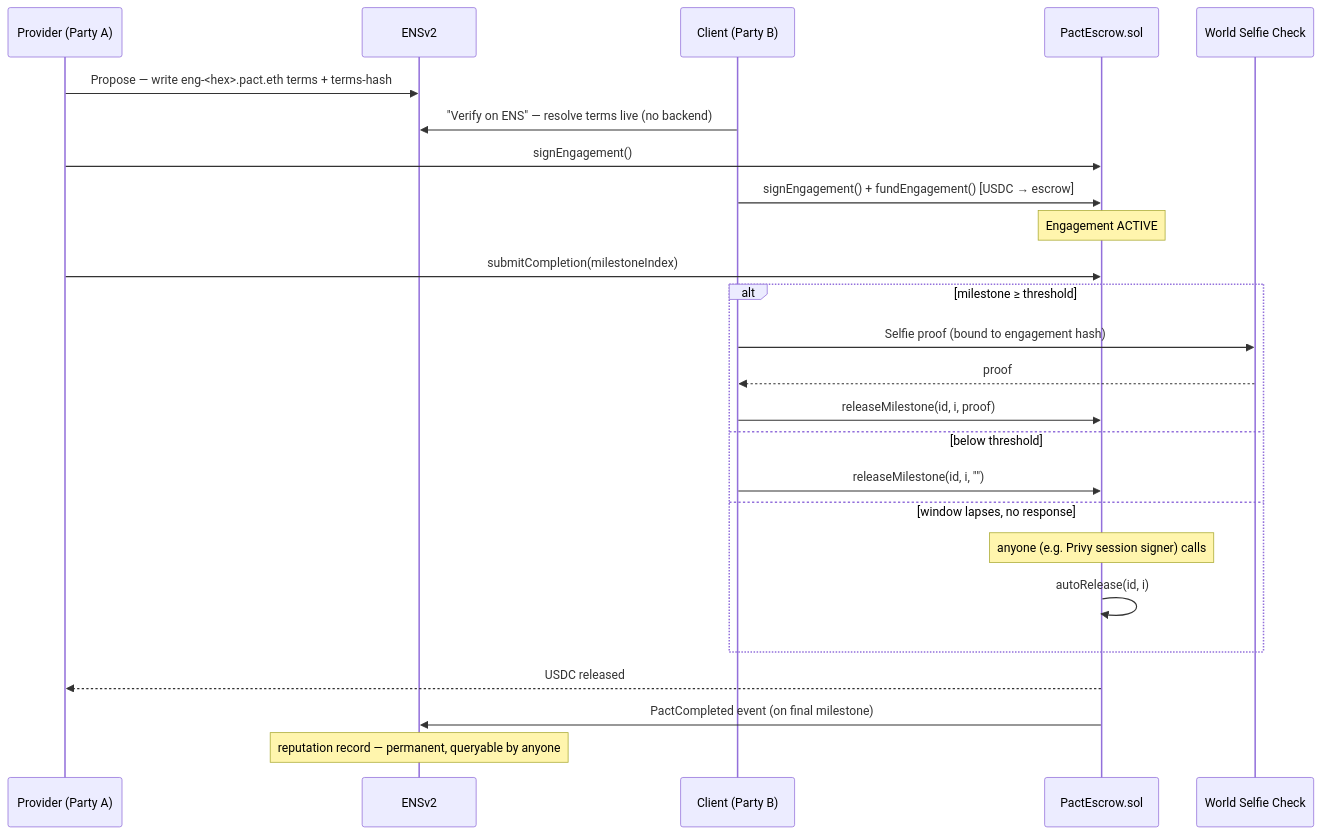
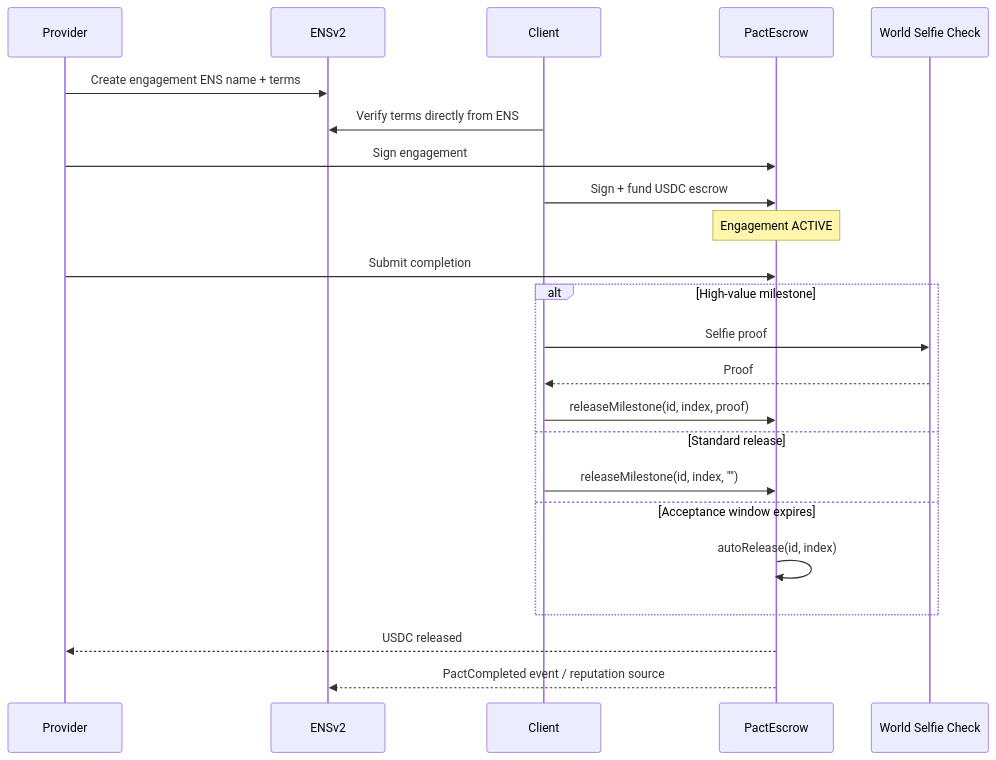
One commit to TanvikaOjha/Pact changed the diagram in README.md. Above: the diagram before and after it, drawn with Mermaid. The commit also changed other lines of this file, not shown here.

````diff
--- a/README.md
+++ b/README.md
@@ -36,28 +41,26 @@
 ```mermaid
 sequenceDiagram
-    participant P as Provider (Party A)
+    participant P as Provider
     participant ENS as ENSv2
-    participant C as Client (Party B)
-    participant Esc as PactEscrow.sol
+    participant C as Client
+    participant Esc as PactEscrow
     participant W as World Selfie Check
 
-    P->>ENS: Propose — write eng-<hex>.pact.eth terms + terms-hash
-    C->>ENS: "Verify on ENS" — resolve terms live (no backend)
-    P->>Esc: signEngagement()
-    C->>Esc: signEngagement() + fundEngagement() [USDC → escrow]
+    P->>ENS: Create engagement ENS name + terms
+    C->>ENS: Verify terms directly from ENS
+    P->>Esc: Sign engagement
+    C->>Esc: Sign + fund USDC escrow
     Note over Esc: Engagement ACTIVE
-    P->>Esc: submitCompletion(milestoneIndex)
-    alt milestone ≥ threshold
-        C->>W: Selfie proof (bound to engagement hash)
-        W-->>C: proof
-        C->>Esc: releaseMilestone(id, i, proof)
-    else below threshold
-        C->>Esc: releaseMilestone(id, i, "")
-    else window lapses, no response
-        Note over Esc: anyone (e.g. Privy session signer) calls
-        Esc->>Esc: autoRelease(id, i)
+    P->>Esc: Submit completion
+    alt High-value milestone
+        C->>W: Selfie proof
+        W-->>C: Proof
+        C->>Esc: releaseMilestone(id, index, proof)
+    else Standard release
+        C->>Esc: releaseMilestone(id, index, "")
+    else Acceptance window expires
+        Esc->>Esc: autoRelease(id, index)
     end
     Esc-->>P: USDC released
-    Esc->>ENS: PactCompleted event (on final milestone)
-    Note over ENS: reputation record — permanent, queryable by anyone
+    Esc-->>ENS: PactCompleted event / reputation source
 ```
````
